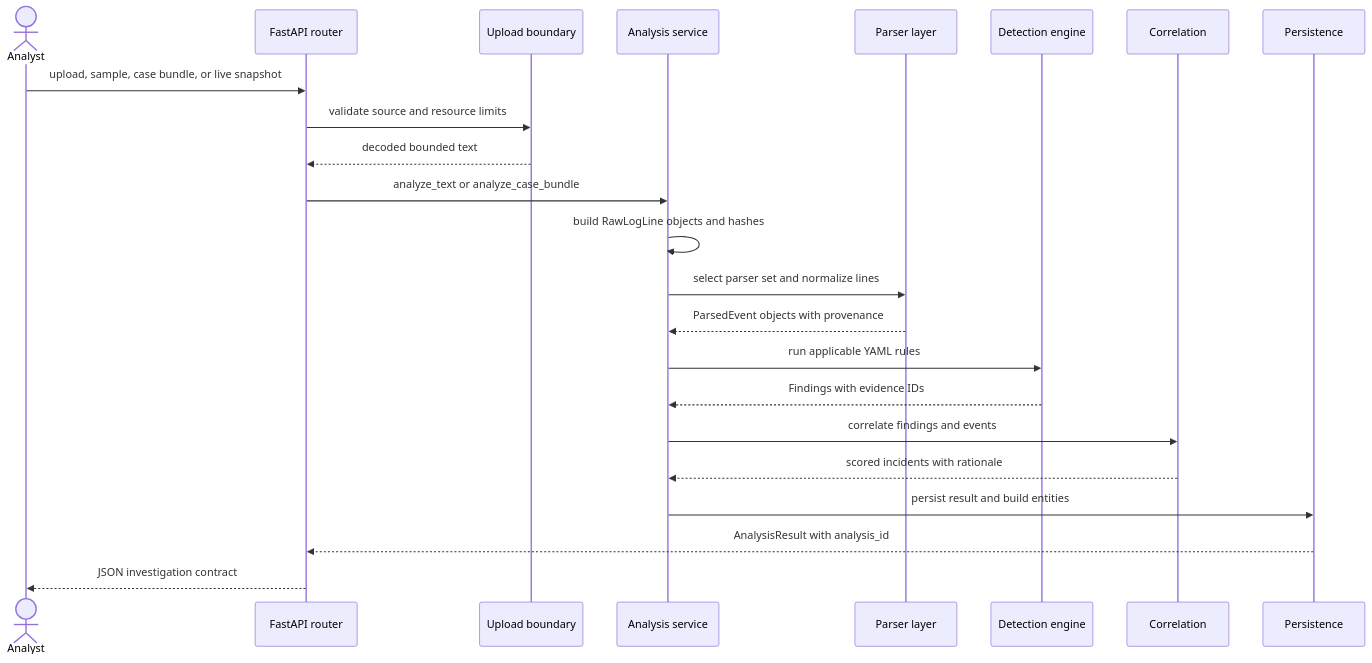
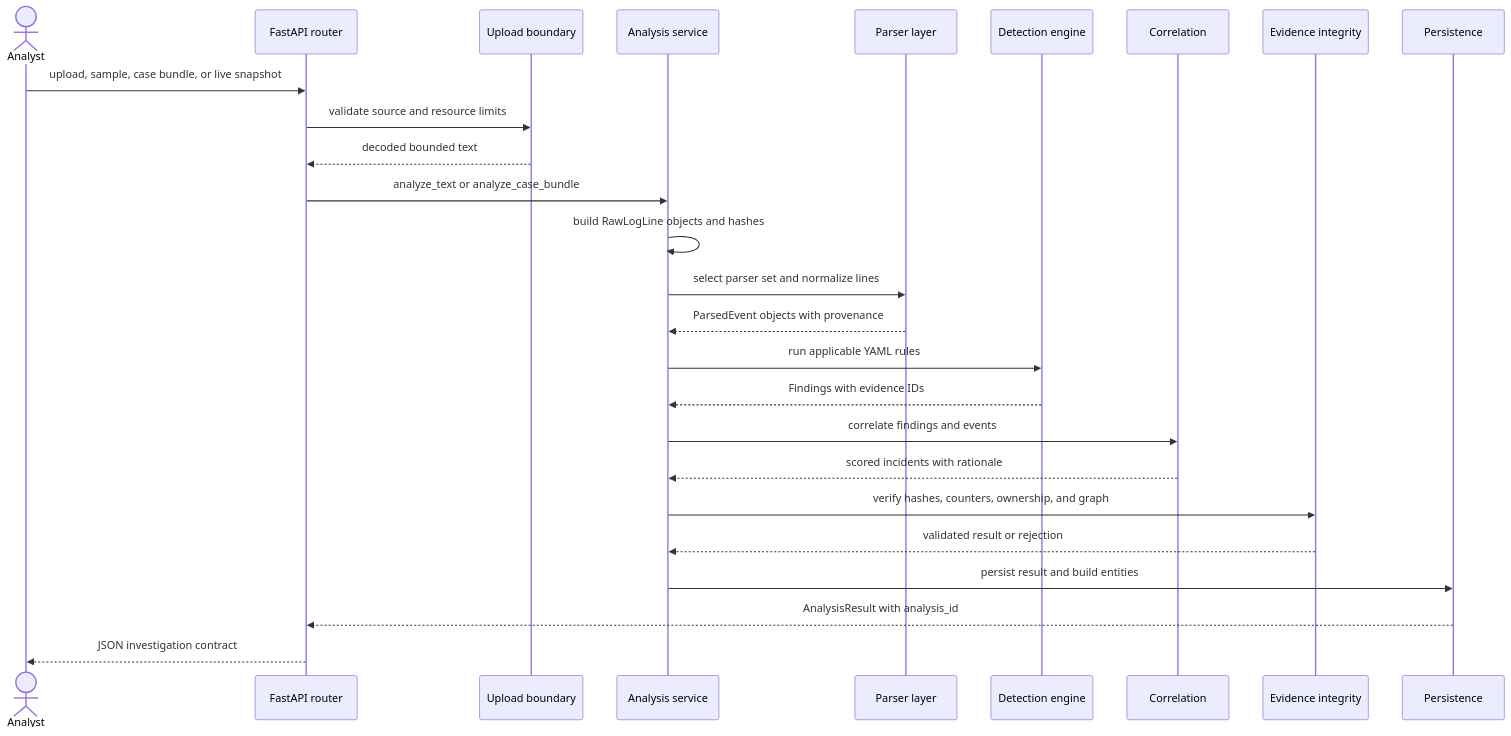
The diagram in docs/event-processing-pipeline.md (0zB0/Security-Log-Analyzer), drawn with Mermaid before and after one commit. The commit also changed other lines of this file and 156 other files, not shown here.

````diff
--- a/docs/event-processing-pipeline.md
+++ b/docs/event-processing-pipeline.md
@@ -14,26 +14,29 @@
 ```mermaid
 sequenceDiagram
     actor Analyst
     participant API as FastAPI router
     participant Upload as Upload boundary
     participant Analysis as Analysis service
     participant Parser as Parser layer
     participant Rules as Detection engine
     participant Corr as Correlation
+    participant Integrity as Evidence integrity
     participant DB as Persistence
 
     Analyst->>API: upload, sample, case bundle, or live snapshot
     API->>Upload: validate source and resource limits
     Upload-->>API: decoded bounded text
     API->>Analysis: analyze_text or analyze_case_bundle
     Analysis->>Analysis: build RawLogLine objects and hashes
     Analysis->>Parser: select parser set and normalize lines
     Parser-->>Analysis: ParsedEvent objects with provenance
     Analysis->>Rules: run applicable YAML rules
     Rules-->>Analysis: Findings with evidence IDs
     Analysis->>Corr: correlate findings and events
     Corr-->>Analysis: scored incidents with rationale
+    Analysis->>Integrity: verify hashes, counters, ownership, and graph
+    Integrity-->>Analysis: validated result or rejection
     Analysis->>DB: persist result and build entities
     DB-->>API: AnalysisResult with analysis_id
     API-->>Analyst: JSON investigation contract
 ```
````
